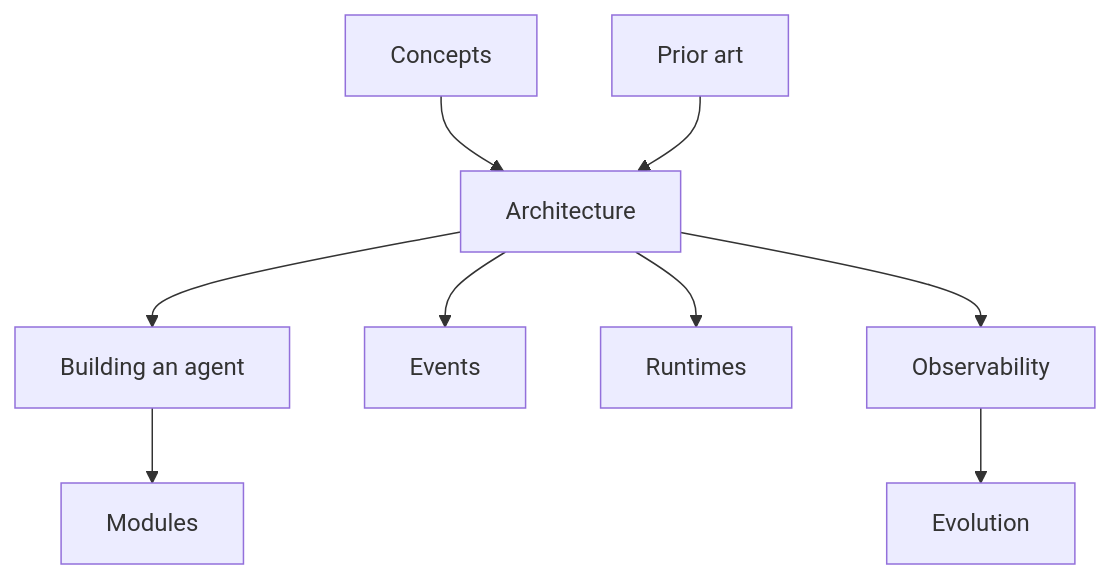
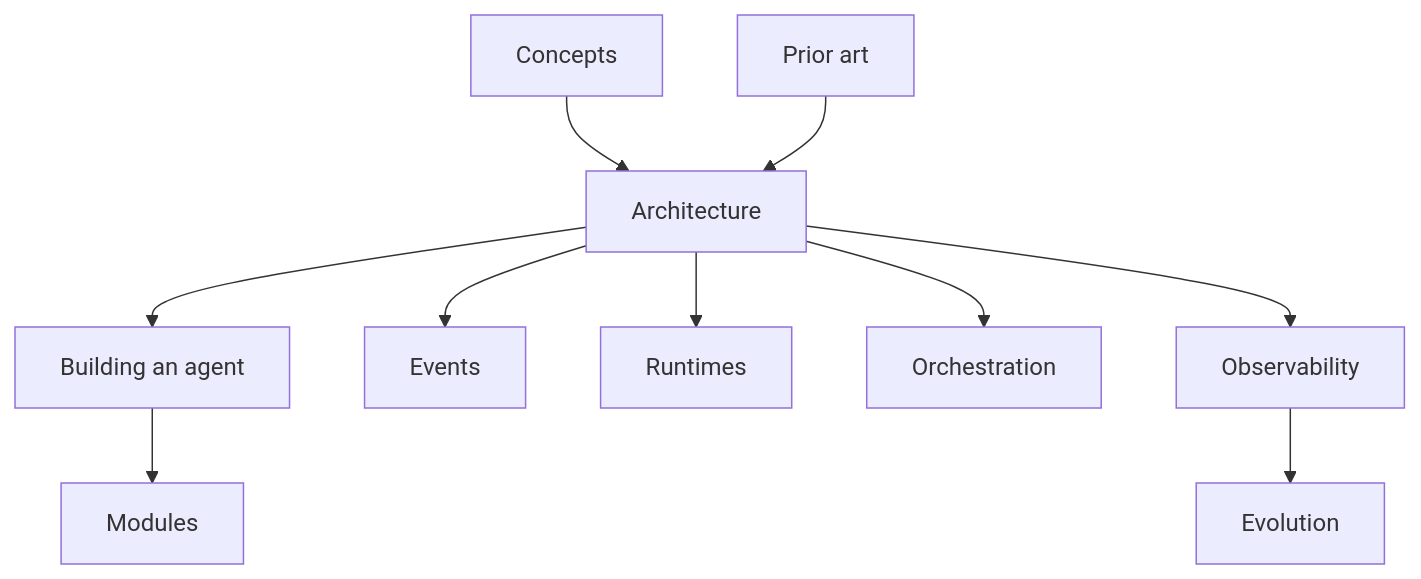
One commit to clavia-labs/tardigrade changed the diagram in docs/README.md. Above: the diagram before and after it, drawn with Mermaid. The commit also changed other lines of this file and 18 other files, not shown here.

````diff
--- a/docs/README.md
+++ b/docs/README.md
@@ -7,11 +7,12 @@
 ```mermaid
 flowchart TD
   C[Concepts] --> A[Architecture]
   A --> B[Building an agent]
   B --> M[Modules]
   A --> E[Events]
   A --> R[Runtimes]
+  A --> Or[Orchestration]
   A --> O[Observability]
   O --> V[Evolution]
   P[Prior art] --> A
 ```
````
